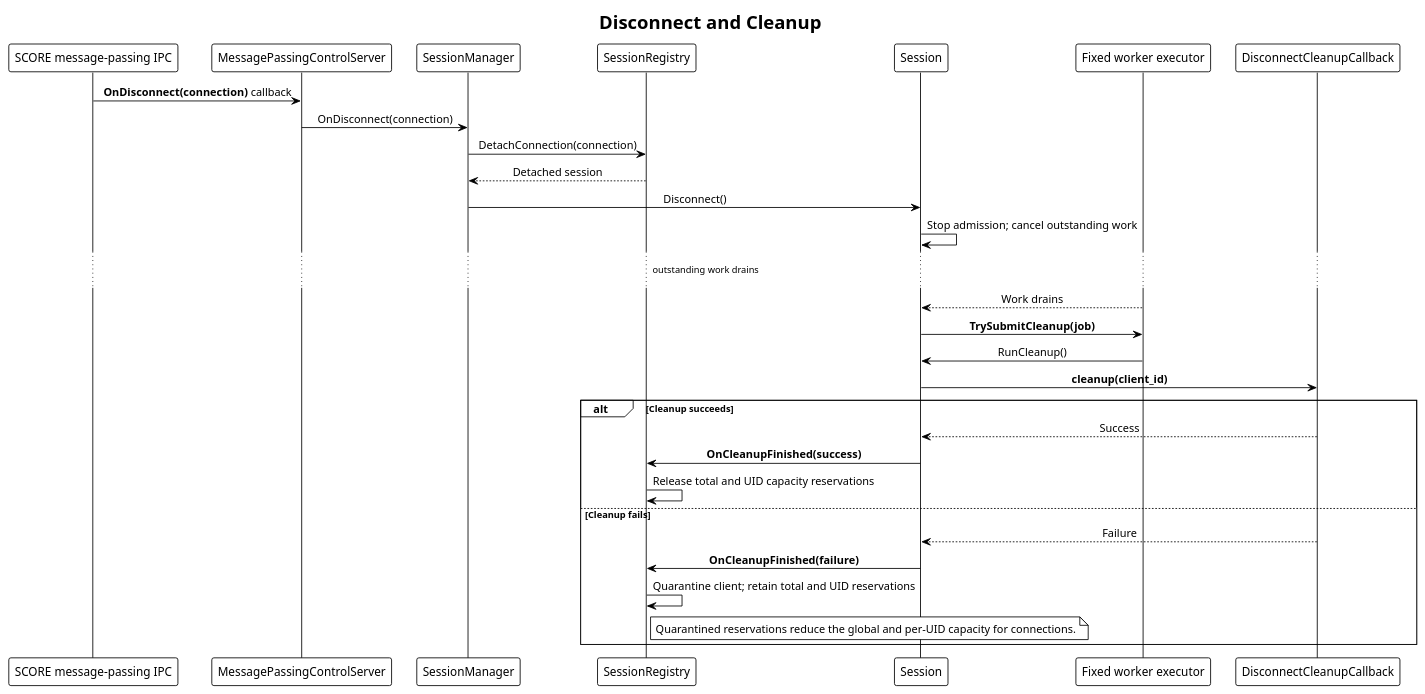
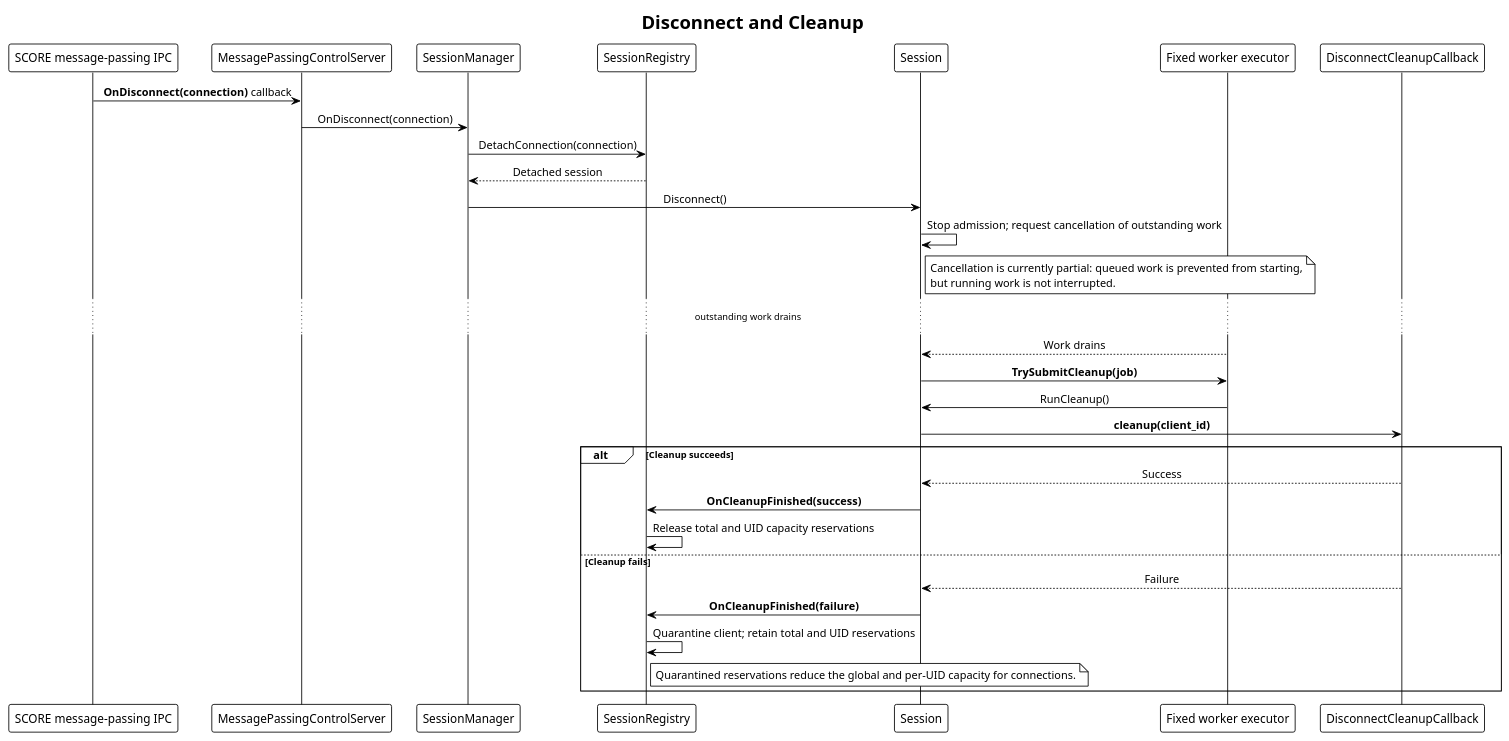
Before and after one commit to eclipse-score/inc_security_crypto: the diagram in score/crypto/src/ipc/message_passing_adapter/docs/detailed_design/message_passing_adapter_overview_disconnect_flow.puml, drawn with PlantUML. The commit also changed 17 other files, not shown here.

```diff
--- a/score/crypto/src/ipc/message_passing_adapter/docs/detailed_design/message_passing_adapter_overview_disconnect_flow.puml
+++ b/score/crypto/src/ipc/message_passing_adapter/docs/detailed_design/message_passing_adapter_overview_disconnect_flow.puml
@@ -14,42 +14,47 @@
 @startuml message_passing_adapter_disconnect_flow
 !theme plain
 skinparam sequenceMessageAlign center
 skinparam shadowing false
 
 title Disconnect and Cleanup
 
 participant "SCORE message-passing IPC" as Transport
 participant "MessagePassingControlServer" as Server
 participant "SessionManager" as SessionManager
 participant "SessionRegistry" as Registry
 participant "Session" as Session
 participant "Fixed worker executor" as Executor
 participant "DisconnectCleanupCallback" as Cleanup
 
 Transport -> Server: **OnDisconnect(connection)** callback
 Server -> SessionManager: OnDisconnect(connection)
 SessionManager -> Registry: DetachConnection(connection)
 Registry --> SessionManager: Detached session
 SessionManager -> Session: Disconnect()
-Session -> Session: Stop admission; cancel outstanding work
+Session -> Session: Stop admission; request cancellation of outstanding work
+
+note right of Session
+	Cancellation is currently partial: queued work is prevented from starting,
+	but running work is not interrupted.
+end note
 
 ... outstanding work drains ...
 
 Executor --> Session: Work drains
 Session -> Executor: **TrySubmitCleanup(job)**
 Executor -> Session: RunCleanup()
 Session -> Cleanup: **cleanup(client_id)**
 alt Cleanup succeeds
 	Cleanup --> Session: Success
 	Session -> Registry: **OnCleanupFinished(success)**
 	Registry -> Registry: Release total and UID capacity reservations
 else Cleanup fails
 	Cleanup --> Session: Failure
 	Session -> Registry: **OnCleanupFinished(failure)**
 	Registry -> Registry: Quarantine client; retain total and UID reservations
 	note right of Registry
 		Quarantined reservations reduce the global and per-UID capacity for connections.
 	end note
 end
 
 @enduml
```
